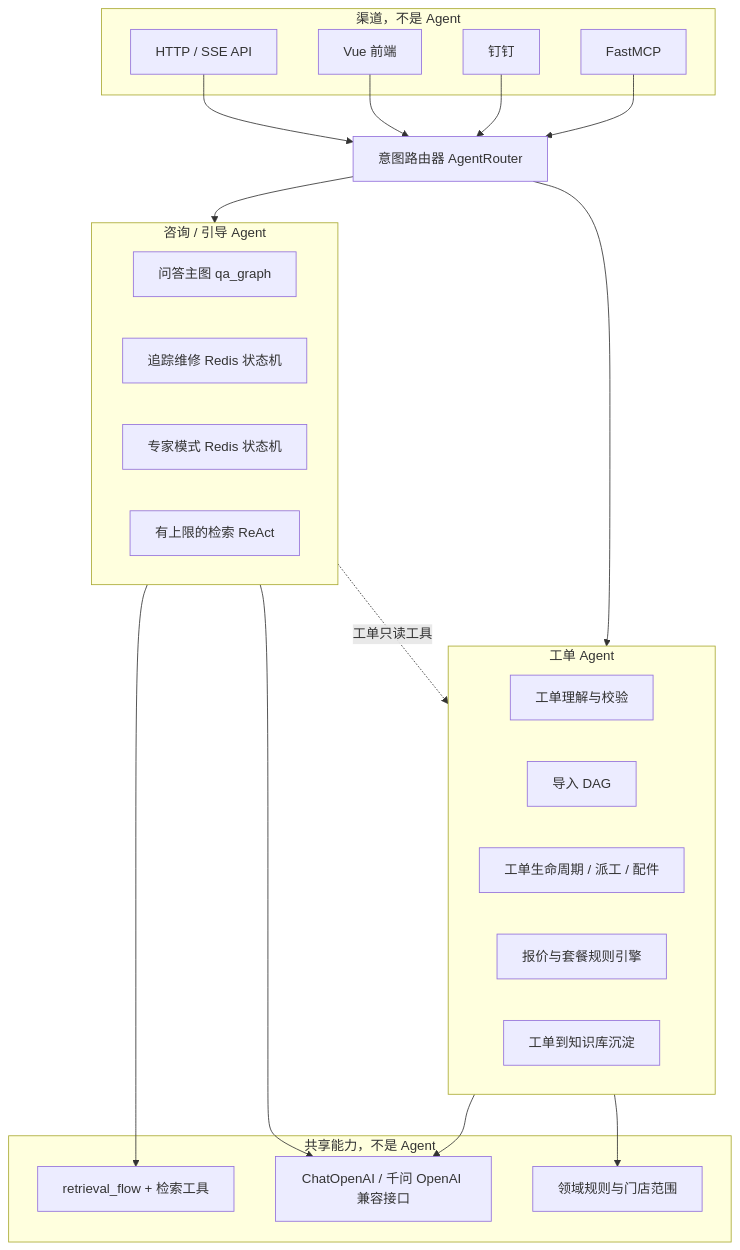
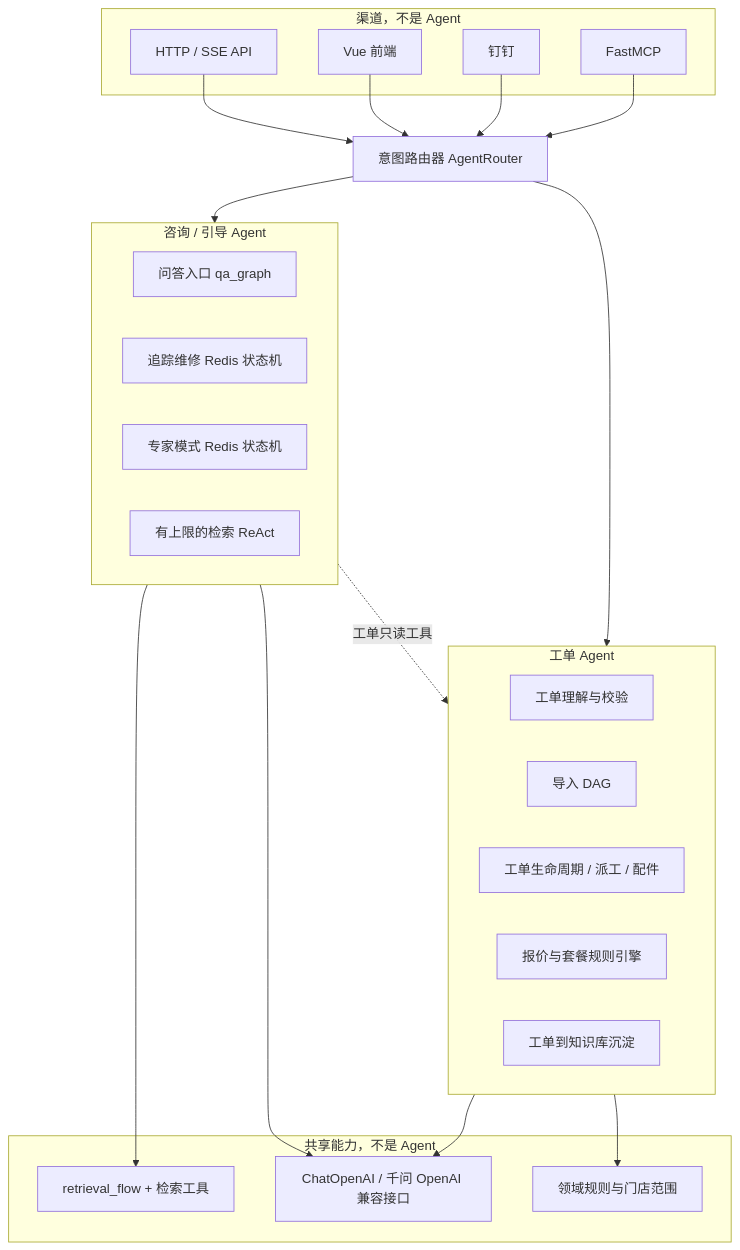
Before and after one commit to SHUN-EI/Car-Repair-System: the diagram in docs/双Agent精简技术方案.md, drawn with Mermaid. The commit also changed other lines of this file and 15 other files, not shown here.

Commit message:
修改langgraph图

````diff
--- a/docs/双Agent精简技术方案.md
+++ b/docs/双Agent精简技术方案.md
@@ -78,44 +79,44 @@
 ```mermaid
 flowchart TB
   subgraph channels [渠道，不是 Agent]
     HTTP[HTTP / SSE API]
     FE[Vue 前端]
     DT[钉钉]
     MCP[FastMCP]
   end
 
   R[意图路由器 AgentRouter]
 
   subgraph consult [咨询 / 引导 Agent]
-    QA[问答主图 qa_graph]
+    QA[问答入口 qa_graph]
     GR[追踪维修 Redis 状态机]
     EX[专家模式 Redis 状态机]
     REACT[有上限的检索 ReAct]
   end
 
   subgraph workorder [工单 Agent]
     TKT[工单理解与校验]
     IMP[导入 DAG]
     LIFE[工单生命周期 / 派工 / 配件]
     QUOTE[报价与套餐规则引擎]
     KNOW[工单到知识库沉淀]
   end
 
   subgraph shared [共享能力，不是 Agent]
     RF[retrieval_flow + 检索工具]
     LLM[ChatOpenAI / 千问 OpenAI 兼容接口]
     RULE[领域规则与门店范围]
   end
 
   HTTP --> R
   FE --> R
   DT --> R
   MCP --> R
   R --> consult
   R --> workorder
   consult --> RF
   consult --> LLM
   workorder --> LLM
   workorder --> RULE
   consult -.->|工单只读工具| workorder
 ```
````
